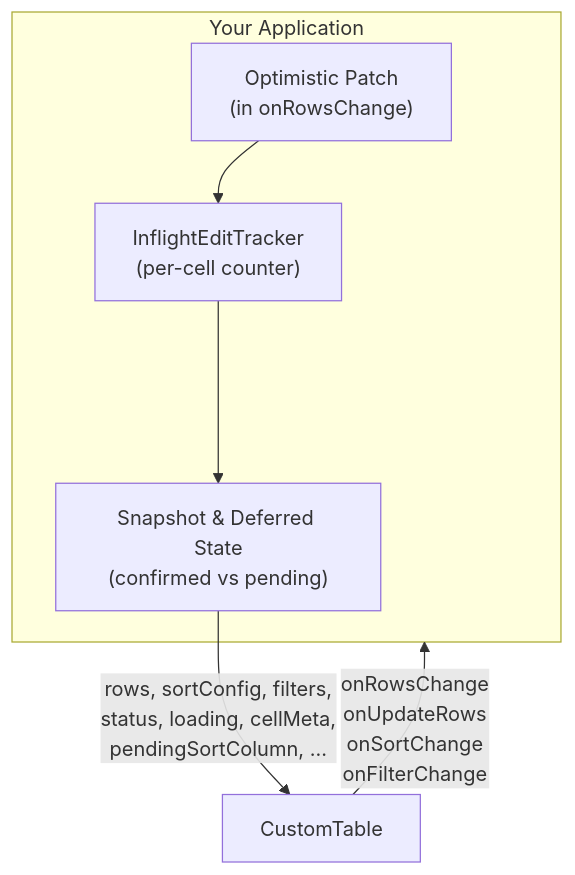
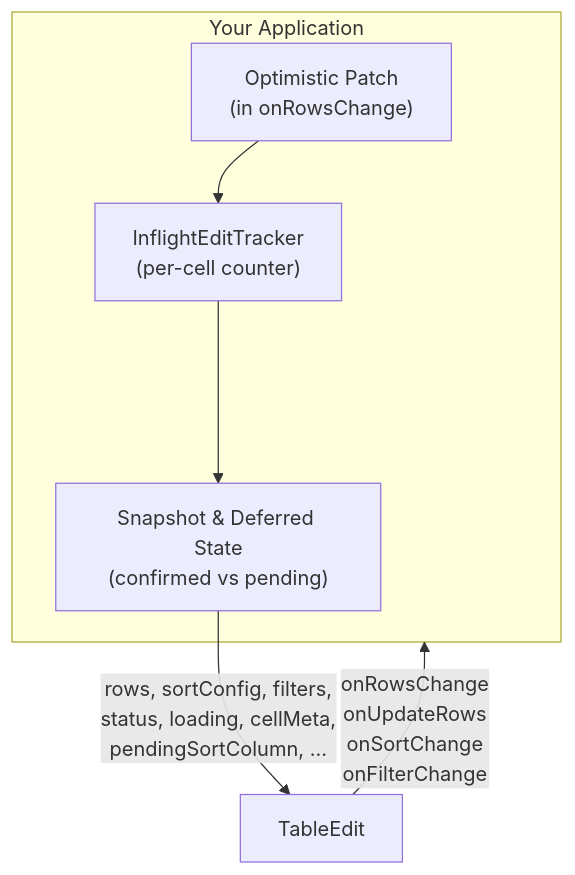
Before and after one commit to SebastianBaltes/customtable: the third of 3 diagrams in README.md, drawn with Mermaid. The commit also changed other lines of this file and 28 other files, not shown here.

Commit message:
Rename CustomTable -> TableEdit, CustomRow -> TableRow, CustomCell -> TableCell, CustomColHeader -> ColHeader

````diff
--- a/README.md
+++ b/README.md
@@ -1297,13 +1297,13 @@
 ```mermaid
 flowchart TB
   subgraph app["Your Application"]
     OP["Optimistic Patch\n(in onRowsChange)"]
     IT["InflightEditTracker\n(per-cell counter)"]
     SS["Snapshot & Deferred State\n(confirmed vs pending)"]
     OP --> IT --> SS
   end
 
-  SS -->|"rows, sortConfig, filters,\nstatus, loading, cellMeta,\npendingSortColumn, ..."| CT["CustomTable"]
+  SS -->|"rows, sortConfig, filters,\nstatus, loading, cellMeta,\npendingSortColumn, ..."| CT["TableEdit"]
 
   CT -->|"onRowsChange\nonUpdateRows\nonSortChange\nonFilterChange"| app
 ```
````
